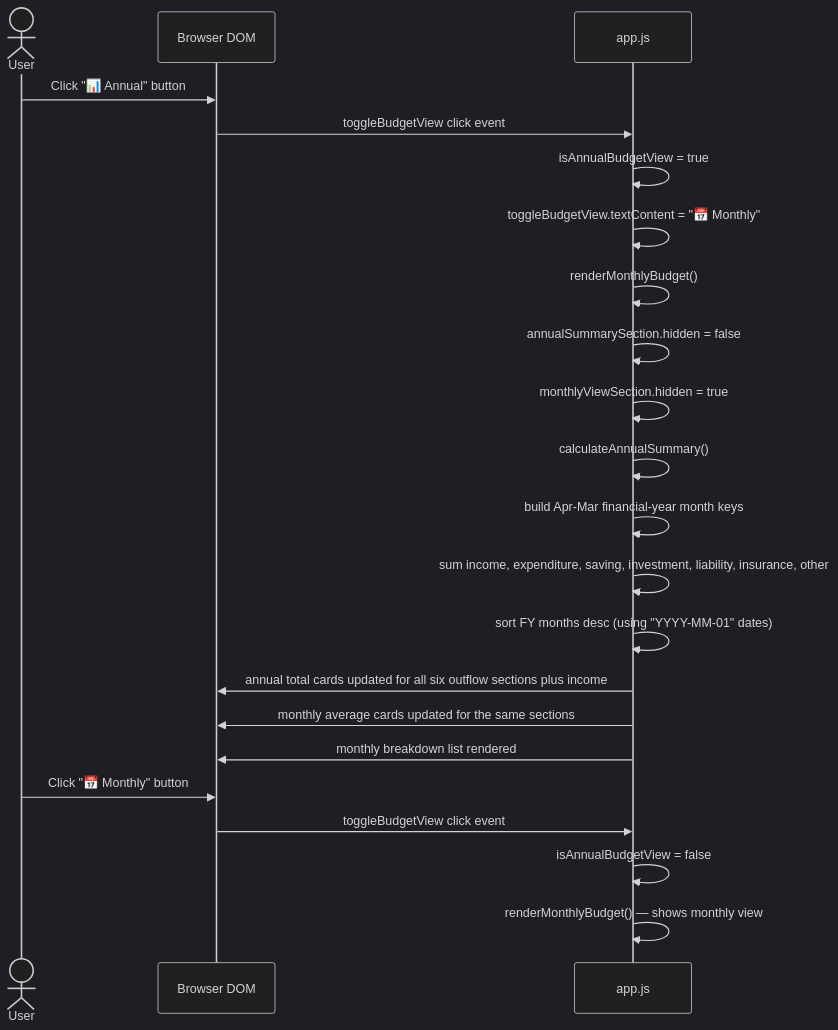
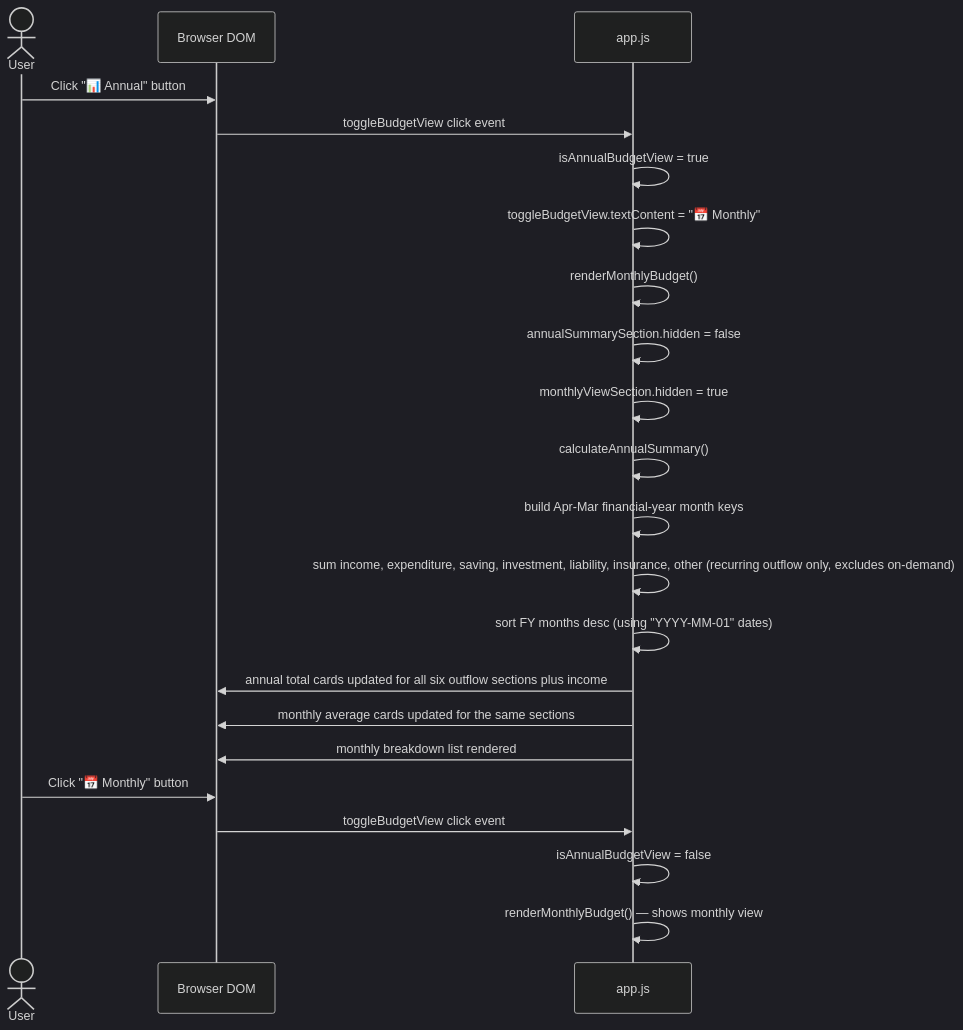
The eighth of 10 diagrams in architecture.md (mrunaldev/smart-financial-planning), drawn with Mermaid (dark theme) before and after one commit. The commit also changed other lines of this file and 8 other files, not shown here.

````diff
--- a/architecture.md
+++ b/architecture.md
@@ -496,26 +496,26 @@
 ```mermaid
 sequenceDiagram
     actor User
     participant UI as Browser DOM
     participant App as app.js
 
     User->>UI: Click "📊 Annual" button
     UI->>App: toggleBudgetView click event
     App->>App: isAnnualBudgetView = true
     App->>App: toggleBudgetView.textContent = "📅 Monthly"
     App->>App: renderMonthlyBudget()
     App->>App: annualSummarySection.hidden = false
     App->>App: monthlyViewSection.hidden = true
     App->>App: calculateAnnualSummary()
     App->>App: build Apr-Mar financial-year month keys
-    App->>App: sum income, expenditure, saving, investment, liability, insurance, other
+    App->>App: sum income, expenditure, saving, investment, liability, insurance, other (recurring outflow only, excludes on-demand)
     App->>App: sort FY months desc (using "YYYY-MM-01" dates)
     App->>UI: annual total cards updated for all six outflow sections plus income
     App->>UI: monthly average cards updated for the same sections
     App->>UI: monthly breakdown list rendered
 
     User->>UI: Click "📅 Monthly" button
     UI->>App: toggleBudgetView click event
     App->>App: isAnnualBudgetView = false
     App->>App: renderMonthlyBudget() — shows monthly view
 ```
````
